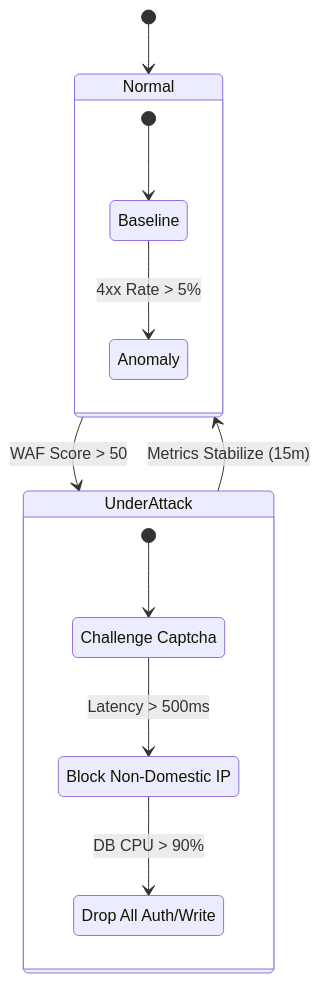
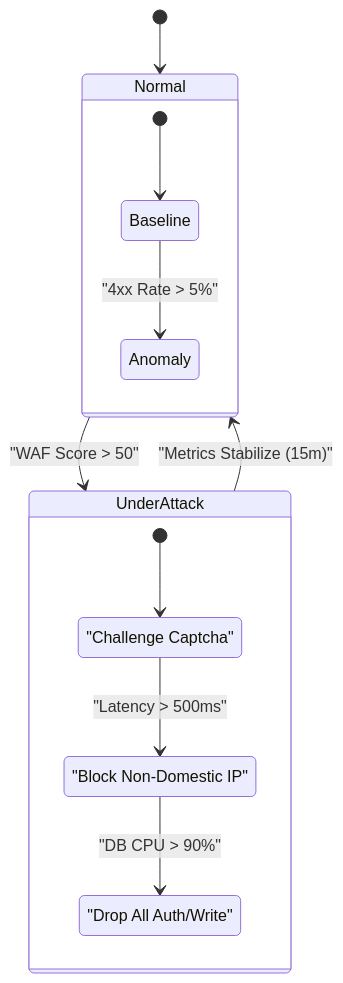
The second of 6 diagrams in src/app/[locale]/research/papers/a6-adaptive-policy-enforcement/A6-PAPER-FULL.md (gchaitanyabharath9/omnigcloud), drawn with Mermaid before and after one commit. The commit also changed other lines of this file and 40 other files, not shown here.

````diff
--- a/src/app/[locale]/research/papers/a6-adaptive-policy-enforcement/A6-PAPER-FULL.md
+++ b/src/app/[locale]/research/papers/a6-adaptive-policy-enforcement/A6-PAPER-FULL.md
@@ -206,23 +225,26 @@
 ```mermaid
 stateDiagram-v2
+    classDef Control fill:#4E79A7,stroke:#2C3E50,color:#fff;
+    classDef Data fill:#59A14F,stroke:#274E13,color:#fff;
+    classDef Policy fill:#9C6ADE,stroke:#4B0082,color:#fff;
+    classDef Obs fill:#F28E2B,stroke:#8B4513,color:#fff;
+    classDef Risk fill:#E15759,stroke:#7B241C,color:#fff;
+    classDef State fill:#76B7B2,stroke:#0E6251,color:#fff;
+    classDef Actor fill:#BAB0AC,stroke:#515A5A,color:#000;
     [*] --> Normal
-    
     state Normal {
-        [*] --> Baseline
-        Baseline --> Anomaly : 4xx Rate > 5%
+    [*] --> Baseline
+    Baseline --> Anomaly : "4xx Rate > 5%"
     }
-    
-    Normal --> UnderAttack : WAF Score > 50
-    
+    Normal --> UnderAttack : "WAF Score > 50"
     state UnderAttack {
-        [*] --> Defcon3
-        Defcon3 --> Defcon2 : Latency > 500ms
-        Defcon2 --> Defcon1 : DB CPU > 90%
+    [*] --> Defcon3
+    Defcon3 --> Defcon2 : "Latency > 500ms"
+    Defcon2 --> Defcon1 : "DB CPU > 90%"
     }
-    
-    Defcon3 : Challenge Captcha
-    Defcon2 : Block Non-Domestic IP
-    Defcon1 : Drop All Auth/Write
-    
-    UnderAttack --> Normal : Metrics Stabilize (15m)
+    Defcon3 : "Challenge Captcha"
+    Defcon2 : "Block Non-Domestic IP"
+    Defcon1 : "Drop All Auth/Write"
+    UnderAttack --> Normal : "Metrics Stabilize (15m)"
+
 ```
````
